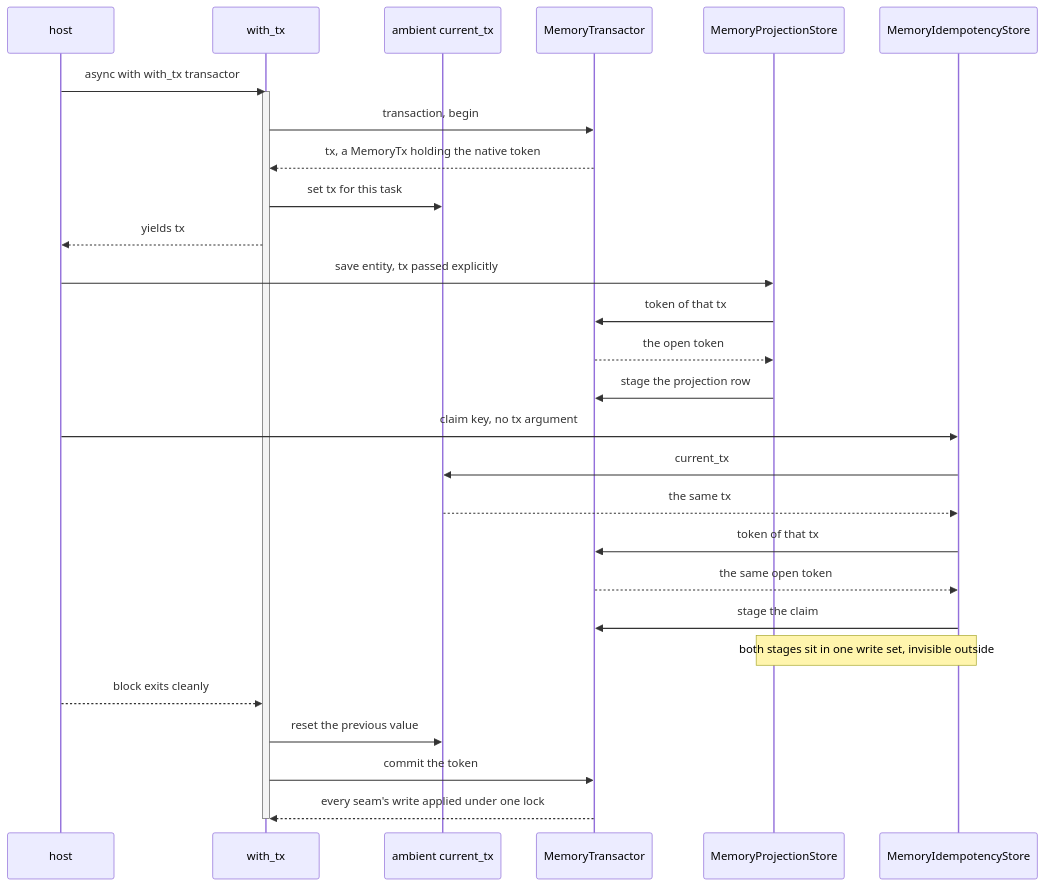
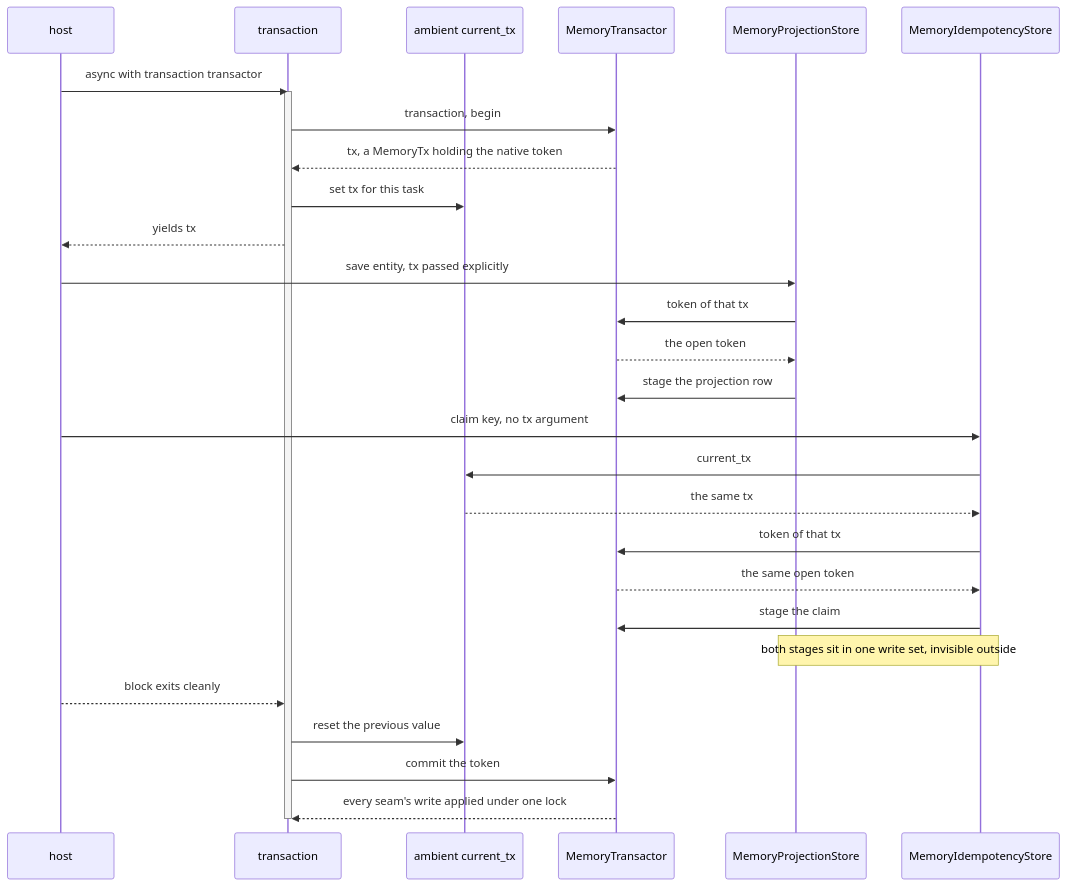
Before and after one commit to haskian/edax: the third of 3 diagrams in docs/sdk/transactions.md, drawn with Mermaid. The commit also changed other lines of this file and 43 other files, not shown here.

````diff
--- a/docs/sdk/transactions.md
+++ b/docs/sdk/transactions.md
@@ -167,35 +168,35 @@
 ```mermaid
 sequenceDiagram
     participant H as host
-    participant W as with_tx
+    participant W as transaction
     participant CV as ambient current_tx
     participant T as MemoryTransactor
     participant P as MemoryProjectionStore
     participant I as MemoryIdempotencyStore
 
-    H->>W: async with with_tx transactor
+    H->>W: async with transaction transactor
     activate W
     W->>T: transaction, begin
     T-->>W: tx, a MemoryTx holding the native token
     W->>CV: set tx for this task
     W-->>H: yields tx
 
     H->>P: save entity, tx passed explicitly
     P->>T: token of that tx
     T-->>P: the open token
     P->>T: stage the projection row
 
     H->>I: claim key, no tx argument
     I->>CV: current_tx
     CV-->>I: the same tx
     I->>T: token of that tx
     T-->>I: the same open token
     I->>T: stage the claim
     Note over P,I: both stages sit in one write set, invisible outside
 
     H-->>W: block exits cleanly
     W->>CV: reset the previous value
     W->>T: commit the token
     T-->>W: every seam's write applied under one lock
     deactivate W
 ```
````
